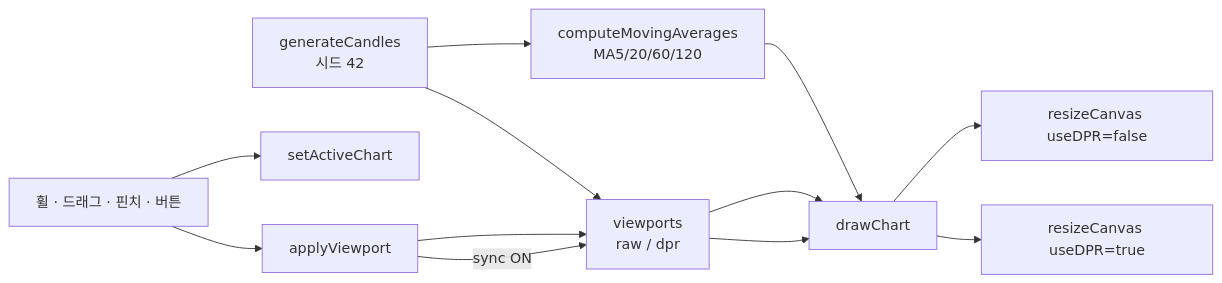
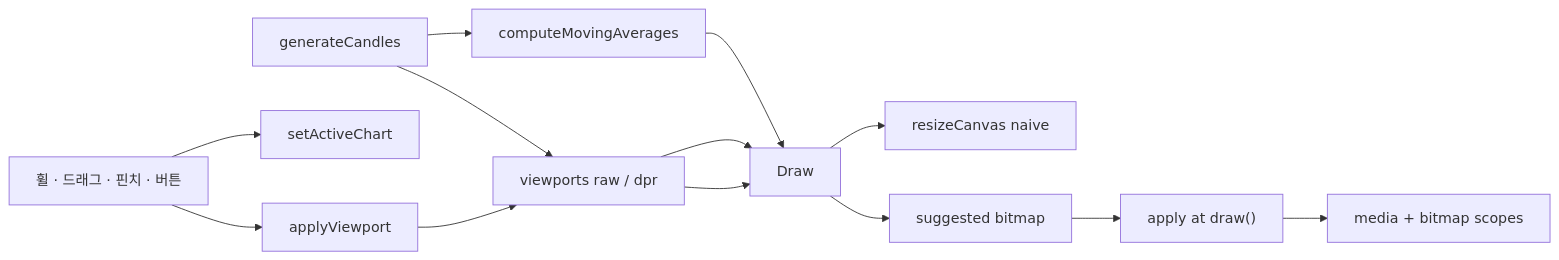
Before and after one commit to JinUng41/canvas-hidpi-candle-demo: the second of 3 diagrams in docs/features.md, drawn with Mermaid. The commit also changed other lines of this file and 5 other files, not shown here.

First line of the commit message:
Add bitmap binding and dual media/bitmap coordinate spaces.

````diff
--- a/docs/features.md
+++ b/docs/features.md
@@ -61,15 +68,17 @@
 ```mermaid
 flowchart LR
-  Gen["generateCandles<br/>시드 42"] --> MA["computeMovingAverages<br/>MA5/20/60/120"]
-  Gen --> VP["viewports<br/>raw / dpr"]
-  MA --> Draw["drawChart"]
+  Gen["generateCandles"] --> MA["computeMovingAverages"]
+  Gen --> VP["viewports raw / dpr"]
+  MA --> Draw
   VP --> Draw
 
   Input["휠 · 드래그 · 핀치 · 버튼"] --> Active["setActiveChart"]
   Input --> Apply["applyViewport"]
   Apply --> VP
-  Apply -->|"sync ON"| VP
   VP --> Draw
-  Draw --> RawBuf["resizeCanvas useDPR=false"]
-  Draw --> DprBuf["resizeCanvas useDPR=true"]
+
+  Draw --> RawBuf["resizeCanvas naive"]
+  Draw --> Sug["suggested bitmap"]
+  Sug --> ApplyBmp["apply at draw()"]
+  ApplyBmp --> Target["media + bitmap scopes"]
 ```
````
